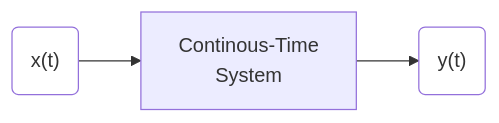
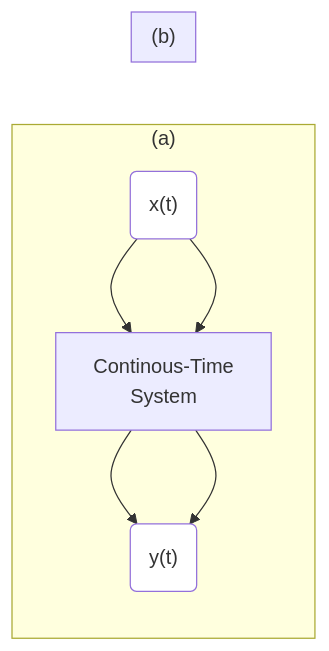
The diagram in signal-processing/kutz/README.md (setrar/dsp), drawn with Mermaid before and after one commit. The commit also changed other lines of this file, not shown here.

````diff
--- a/signal-processing/kutz/README.md
+++ b/signal-processing/kutz/README.md
@@ -50,7 +50,14 @@
 ```mermaid
 %%{init: {"flowchart": {"htmlLabels": false}} }%%
 flowchart LR
+subgraph "(a)"
     A("x(t)"):::someclass -->B[Continous-Time \n System]
     B-->id("y(t)"):::someclass
     classDef someclass fill:#fff
+end
+subgraph "(b)"
+    A("x(t)"):::someclass -->B[Continous-Time \n System]
+    B-->id("y(t)"):::someclass
+    classDef someclass fill:#fff
+end
 ```
````
